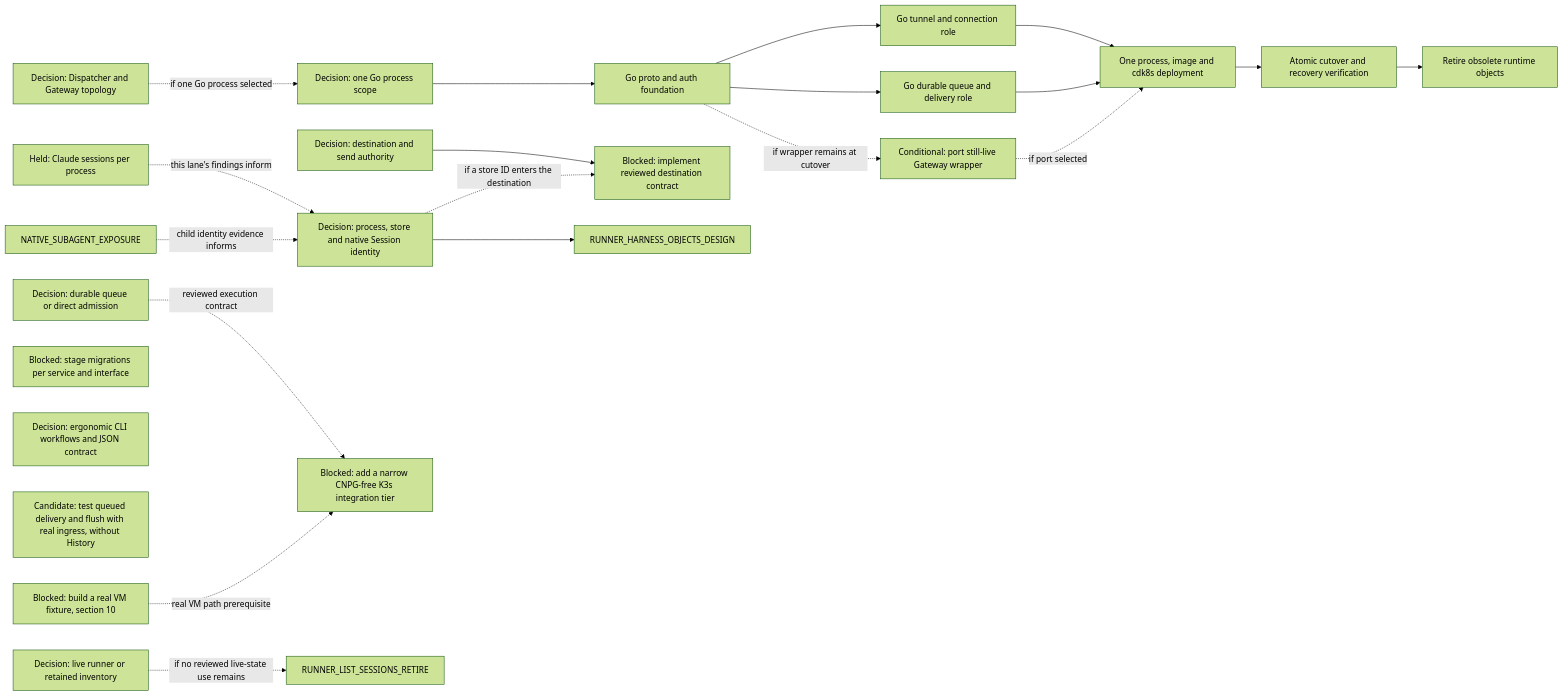
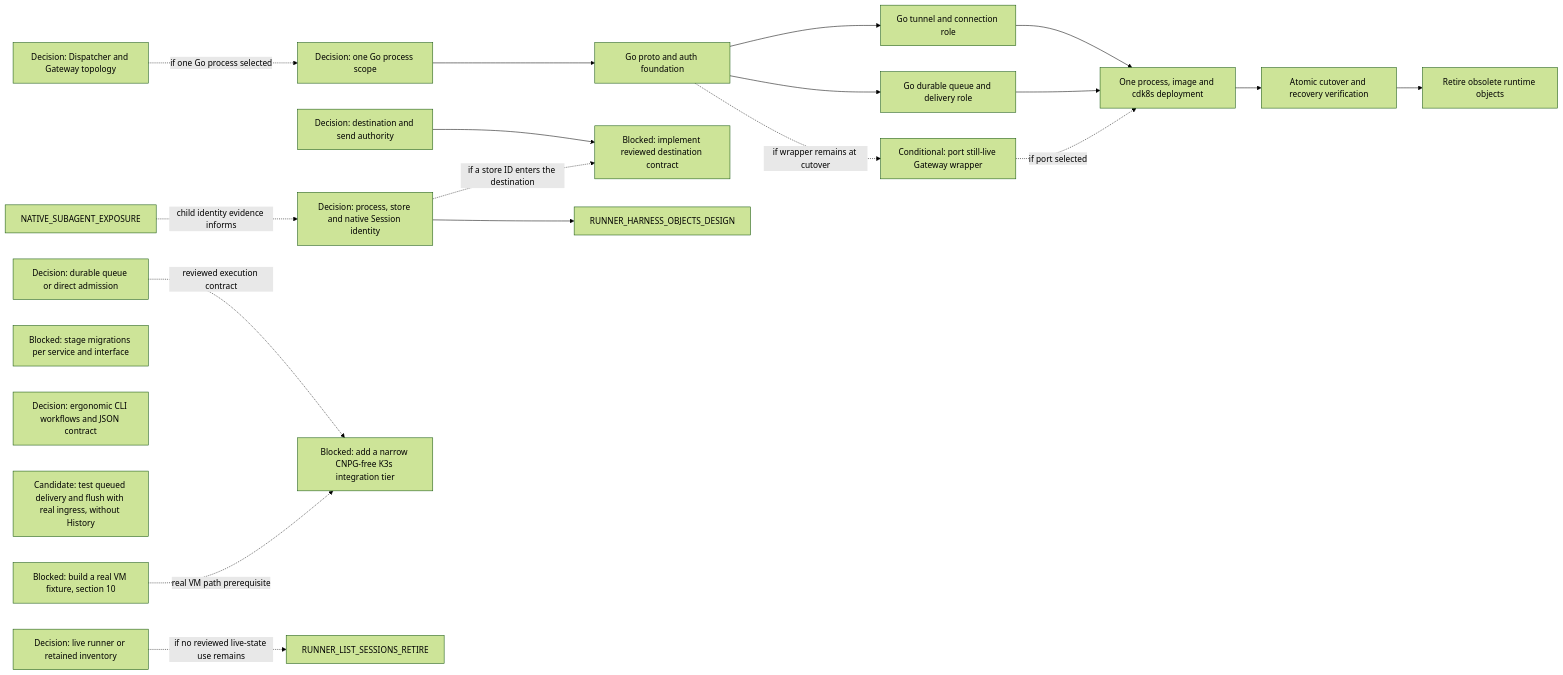
Before and after one commit to agentydragon-agent/ducktape: diagram 17 of 17 in agentplane/plans/task_dag.md, drawn with Mermaid (forest theme). The commit also changed other lines of this file and 6 other files, not shown here.

First line of the commit message:
test(agentplane): characterize Claude stream session routing (#10677)

````diff
--- a/agentplane/plans/task_dag.md
+++ b/agentplane/plans/task_dag.md
@@ -1494,41 +1495,39 @@
 ```mermaid
 flowchart LR
     DISPATCHER_PERSISTENCE_MODEL_DESIGN[Decision: durable queue or direct admission]
     DISPATCHER_GATEWAY_TOPOLOGY_DESIGN[Decision: Dispatcher and Gateway topology]
     DELIVERY_UNIFICATION_SCOPE_DECISION[Decision: one Go process scope]
     DELIVERY_GO_PROTOCOL_AUTH[Go proto and auth foundation]
     DELIVERY_GO_GATEWAY[Go tunnel and connection role]
     DELIVERY_GO_DISPATCHER[Go durable queue and delivery role]
     DELIVERY_GO_LEGACY_WRAPPER[Conditional: port still-live Gateway wrapper]
     DELIVERY_GO_INTEGRATION[One process, image and cdk8s deployment]
     DELIVERY_UNIFIED_CUTOVER[Atomic cutover and recovery verification]
     DELIVERY_OLD_RUNTIME_RETIRE[Retire obsolete runtime objects]
     RUNNER_INVENTORY_AUTHORITY_DESIGN[Decision: live runner or retained inventory]
     DELIVERY_DESTINATION_AUTHORITY_DESIGN[Decision: destination and send authority]
     DELIVERY_DESTINATION_CONTRACT[Blocked: implement reviewed destination contract]
-    CLAUDE_STREAM_SESSION_MULTIPLEXING[Held: Claude sessions per process]
     HARNESS_IDENTITY_DESIGN[Decision: process, store and native Session identity]
     SERVICE_API_TRANSPORT_MIGRATIONS[Blocked: stage migrations per service and interface]
     AGENT_API_TOOLING_DESIGN[Decision: ergonomic CLI workflows and JSON contract]
     RUNNER_DELIVERY_INGRESS_ACCEPTANCE[Candidate: test queued delivery and flush with real ingress, without History]
     CNPG_FREE_K3S_INTEGRATION_TIER[Blocked: add a narrow CNPG-free K3s integration tier]
     K3S_VM_IMAGE[Blocked: build a real VM fixture, section 10]
     DISPATCHER_GATEWAY_TOPOLOGY_DESIGN -. if one Go process selected .-> DELIVERY_UNIFICATION_SCOPE_DECISION
     DELIVERY_UNIFICATION_SCOPE_DECISION --> DELIVERY_GO_PROTOCOL_AUTH
     DELIVERY_GO_PROTOCOL_AUTH --> DELIVERY_GO_GATEWAY
     DELIVERY_GO_PROTOCOL_AUTH --> DELIVERY_GO_DISPATCHER
     DELIVERY_GO_PROTOCOL_AUTH -. if wrapper remains at cutover .-> DELIVERY_GO_LEGACY_WRAPPER
     DELIVERY_GO_GATEWAY --> DELIVERY_GO_INTEGRATION
     DELIVERY_GO_DISPATCHER --> DELIVERY_GO_INTEGRATION
     DELIVERY_GO_LEGACY_WRAPPER -. if port selected .-> DELIVERY_GO_INTEGRATION
     DELIVERY_GO_INTEGRATION --> DELIVERY_UNIFIED_CUTOVER
     DELIVERY_UNIFIED_CUTOVER --> DELIVERY_OLD_RUNTIME_RETIRE
     RUNNER_INVENTORY_AUTHORITY_DESIGN -. if no reviewed live-state use remains .-> RUNNER_LIST_SESSIONS_RETIRE
     DELIVERY_DESTINATION_AUTHORITY_DESIGN --> DELIVERY_DESTINATION_CONTRACT
     HARNESS_IDENTITY_DESIGN -. if a store ID enters the destination .-> DELIVERY_DESTINATION_CONTRACT
-    CLAUDE_STREAM_SESSION_MULTIPLEXING -. this lane's findings inform .-> HARNESS_IDENTITY_DESIGN
     NATIVE_SUBAGENT_EXPOSURE -. child identity evidence informs .-> HARNESS_IDENTITY_DESIGN
     HARNESS_IDENTITY_DESIGN --> RUNNER_HARNESS_OBJECTS_DESIGN
     DISPATCHER_PERSISTENCE_MODEL_DESIGN -. reviewed execution contract .-> CNPG_FREE_K3S_INTEGRATION_TIER
     K3S_VM_IMAGE -. real VM path prerequisite .-> CNPG_FREE_K3S_INTEGRATION_TIER
 ```
````
